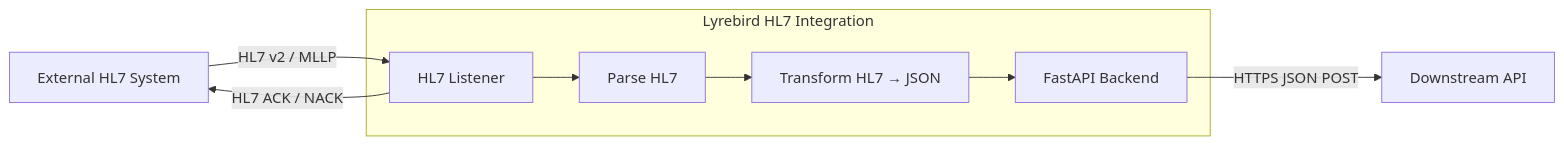
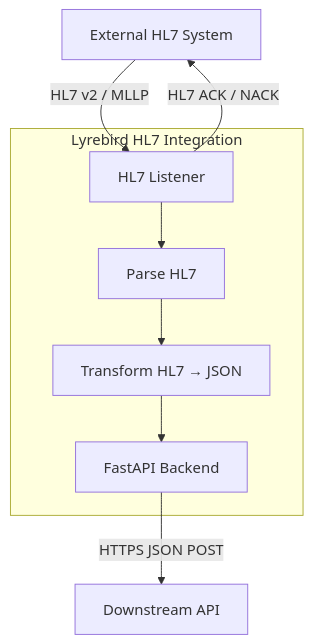
Before and after one commit to sahenshah/lyrebird-hl7-integration: the diagram in README.md, drawn with Mermaid.

Commit message:
improve architecture diagram

````diff
--- a/README.md
+++ b/README.md
@@ -126,15 +126,15 @@
 ```mermaid
-flowchart LR
+flowchart TD 
 
     A[External HL7 System] -->|HL7 v2 / MLLP| B[HL7 Listener]
 
     subgraph Lyrebird HL7 Integration
         B --> C[Parse HL7]
         C --> D[Transform HL7 → JSON]
         D --> E[FastAPI Backend]
     end
 
     E -->|HTTPS JSON POST| F[Downstream API]
 
     B -->|HL7 ACK / NACK| A
 ```
````
